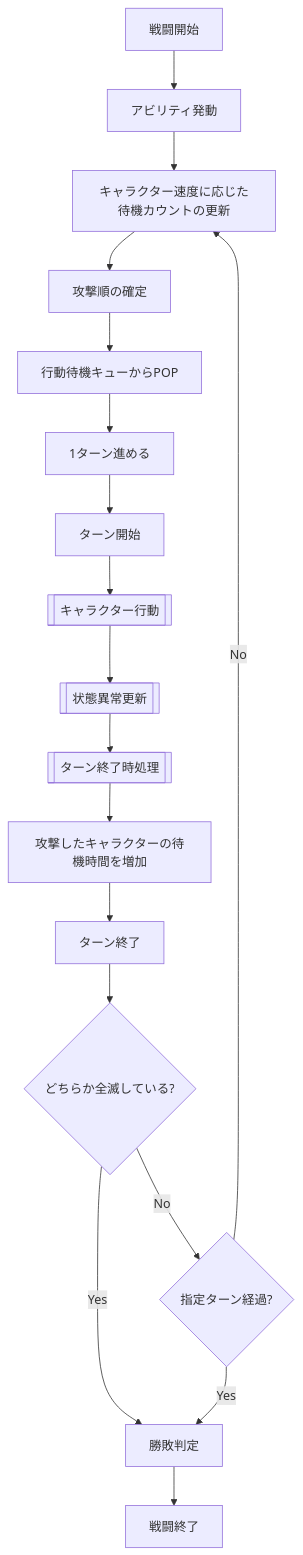
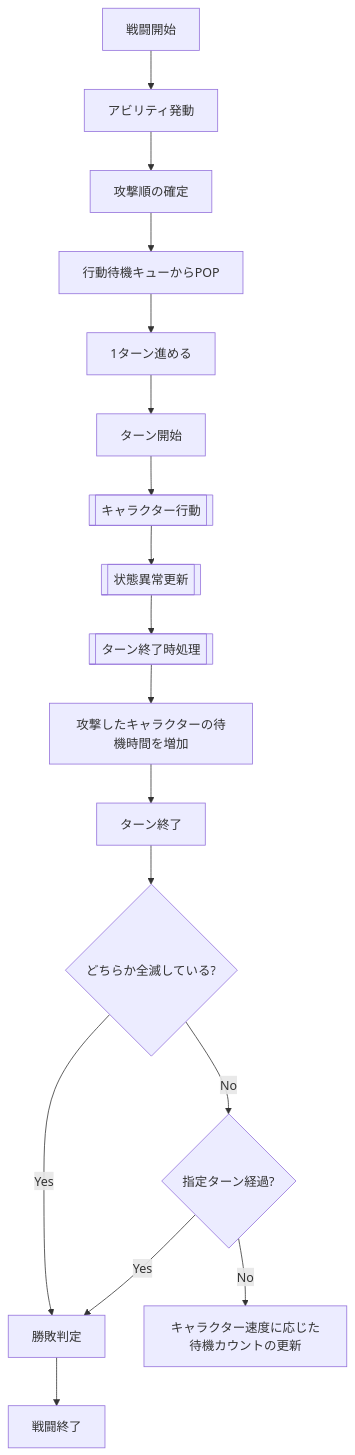
The first of 2 diagrams in design/battle.md (ReHydrangeaOdyssey/Specifications), drawn with Mermaid before and after one commit. The commit also changed other lines of this file and 18 other files, not shown here.

````diff
--- a/design/battle.md
+++ b/design/battle.md
@@ -6,28 +6,28 @@
 ```mermaid
 flowchart TD;
     Start[戦闘開始];
     End[戦闘終了];
     TrunStart[ターン開始];
     TrunEnd[ターン終了];
     Judgment[勝敗判定]
     CheckTurnLimit{指定ターン経過?};
     CheckAnnihilation{どちらか全滅している?};
     DetermineOrder[攻撃順の確定];
     PopQueue[行動待機キューからPOP];
     CharacterAttack[[キャラクター行動]];
     Ability[アビリティ発動];
     AddWaitCount[攻撃したキャラクターの待機時間を増加];
     NextTurn[1ターン進める];
     UpdateWaitCount[キャラクター速度に応じた待機カウントの更新];
     UpdateStatusAbnormality[[状態異常更新]];
     UpdateTurnEndEffect[[ターン終了時処理]];
 
-    Start --> Ability --> UpdateWaitCount --> DetermineOrder --> PopQueue --> NextTurn 
+    Start --> Ability --> DetermineOrder --> PopQueue --> NextTurn 
     NextTurn--> TrunStart --> CharacterAttack --> UpdateStatusAbnormality --> UpdateTurnEndEffect --> AddWaitCount --> TrunEnd
     TrunEnd --> CheckAnnihilation
     CheckAnnihilation -- Yes --> Judgment;
     CheckAnnihilation -- No --> CheckTurnLimit;
     CheckTurnLimit -- Yes --> Judgment;
     CheckTurnLimit -- No --> UpdateWaitCount;
     Judgment --> End
 ```
````
